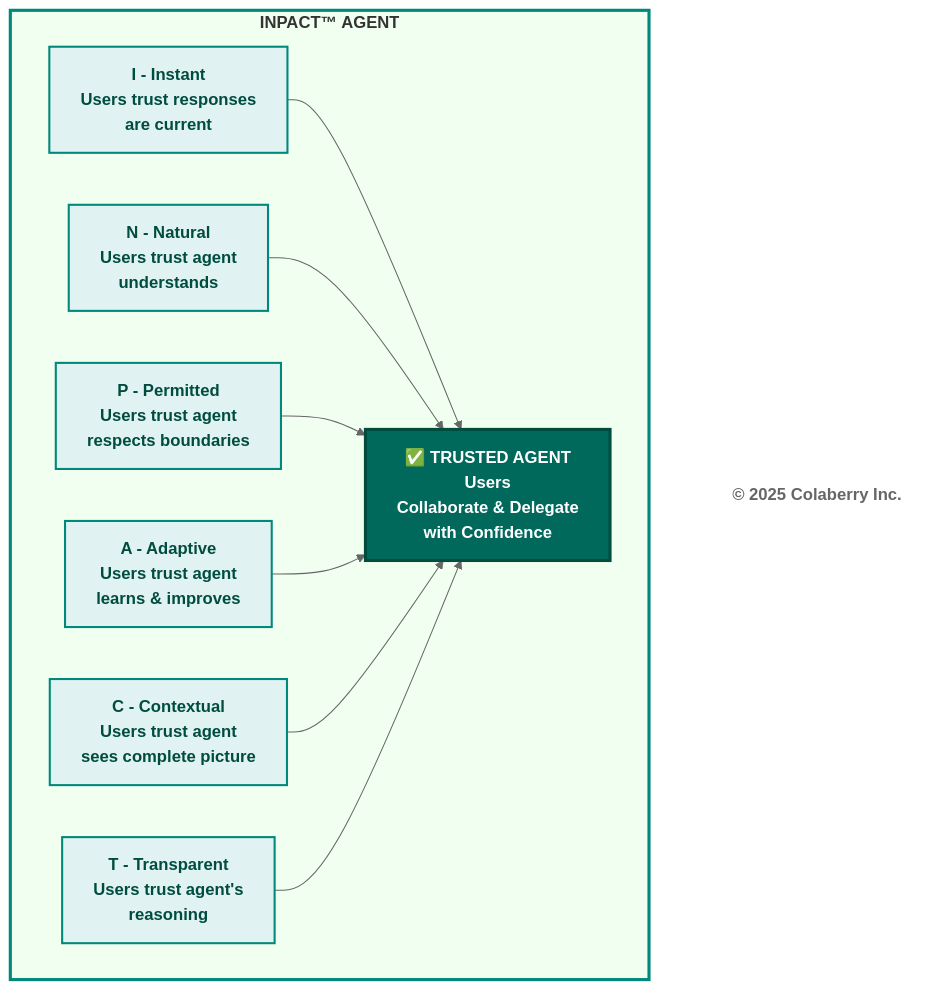
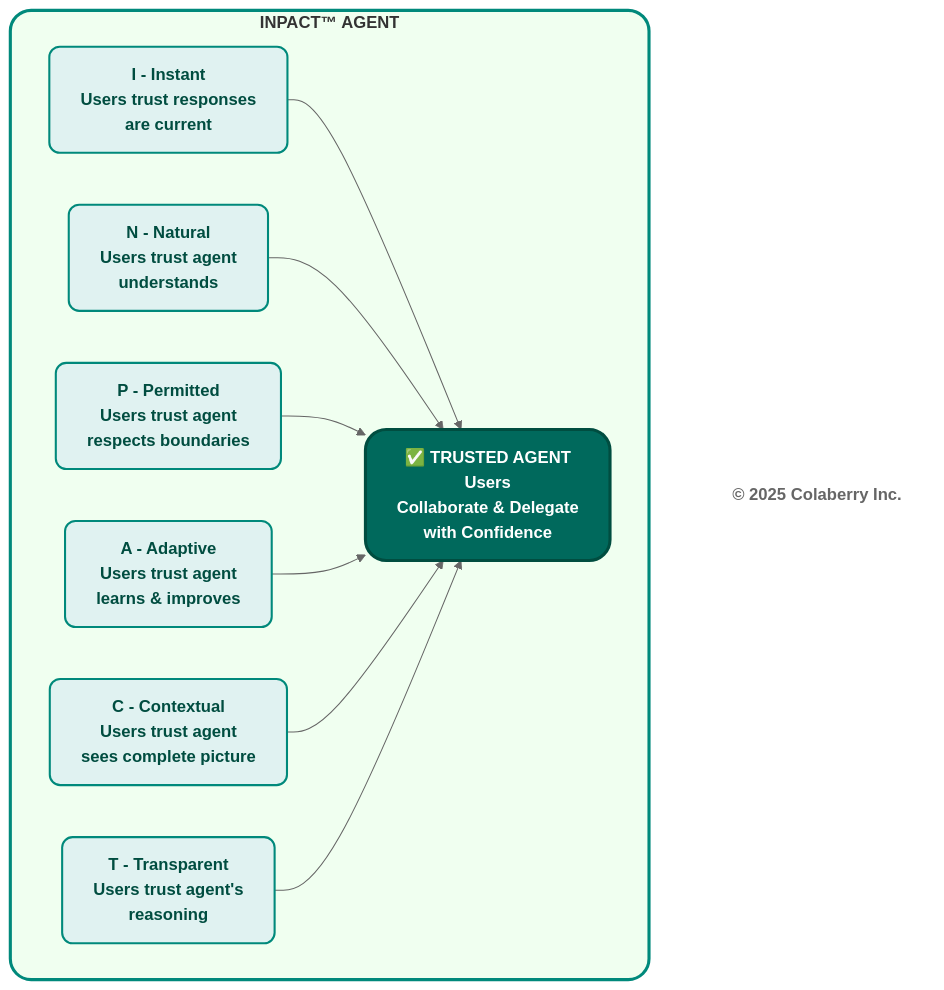
The fourth of 12 diagrams in manuscript/03_chapter_2_inpact_framework.md (saitejesh-cyber/trust-before-intelligence-book), drawn with Mermaid (neutral theme) before and after one commit. The commit also changed other lines of this file, not shown here.

````diff
--- a/manuscript/03_chapter_2_inpact_framework.md
+++ b/manuscript/03_chapter_2_inpact_framework.md
@@ -232,34 +232,34 @@
 ```mermaid
 graph TB
     subgraph BOX["<b>INPACT™ AGENT</b>"]
         I["<b>I - Instant</b><br/><b>Users trust responses<br/> are current</b>"]
         N["<b>N - Natural</b><br/><b>Users trust agent<br/> understands</b>"]
         P["<b>P - Permitted</b><br/><b>Users trust agent<br/> respects boundaries</b>"]
         A["<b>A - Adaptive</b><br/><b>Users trust agent<br/> learns & improves</b>"]
         C["<b>C - Contextual</b><br/><b>Users trust agent<br/> sees complete picture</b>"]
         T["<b>T - Transparent</b><br/><b>Users trust agent's<br/> reasoning</b>"]
         
         TRUST["<b>✅ TRUSTED AGENT</b><br/><b>Users<br/> Collaborate & Delegate<br/> with Confidence</b>"]
         
         I --> TRUST
         N --> TRUST
         P --> TRUST
         A --> TRUST
         C --> TRUST
         T --> TRUST
     end
     
     COPYRIGHT["<b>© 2025 Colaberry Inc.</b>"]
     
-    style BOX fill:#f0fff0,stroke:#00897b,stroke-width:3px
-    style I fill:#e0f2f1,stroke:#00897b,stroke-width:2px,color:#004d40
-    style N fill:#e0f2f1,stroke:#00897b,stroke-width:2px,color:#004d40
-    style P fill:#e0f2f1,stroke:#00897b,stroke-width:2px,color:#004d40
-    style A fill:#e0f2f1,stroke:#00897b,stroke-width:2px,color:#004d40
-    style C fill:#e0f2f1,stroke:#00897b,stroke-width:2px,color:#004d40
-    style T fill:#e0f2f1,stroke:#00897b,stroke-width:2px,color:#004d40
+    style BOX fill:#f0fff0,stroke:#00897b,stroke-width:3px,rx:2O,ry:20
+    style I fill:#e0f2f1,stroke:#00897b,stroke-width:2px,color:#004d40,rx:1O,ry:10
+    style N fill:#e0f2f1,stroke:#00897b,stroke-width:2px,color:#004d40,rx:1O,ry:10
+    style P fill:#e0f2f1,stroke:#00897b,stroke-width:2px,color:#004d40,rx:1O,ry:10
+    style A fill:#e0f2f1,stroke:#00897b,stroke-width:2px,color:#004d40,rx:1O,ry:10
+    style C fill:#e0f2f1,stroke:#00897b,stroke-width:2px,color:#004d40,rx:1O,ry:10
+    style T fill:#e0f2f1,stroke:#00897b,stroke-width:2px,color:#004d40,rx:1O,ry:10
     
-    style TRUST fill:#00695c,color:#ffffff,stroke:#004d40,stroke-width:3px
+    style TRUST fill:#00695c,color:#ffffff,stroke:#004d40,stroke-width:3px,rx:2O,ry:20
     
-    style COPYRIGHT fill:#ffffff,stroke:none,color:#666666
+    style COPYRIGHT fill:none,stroke:none,color:#666666
 ```
````
